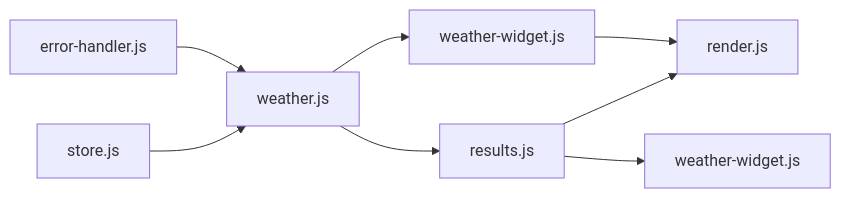
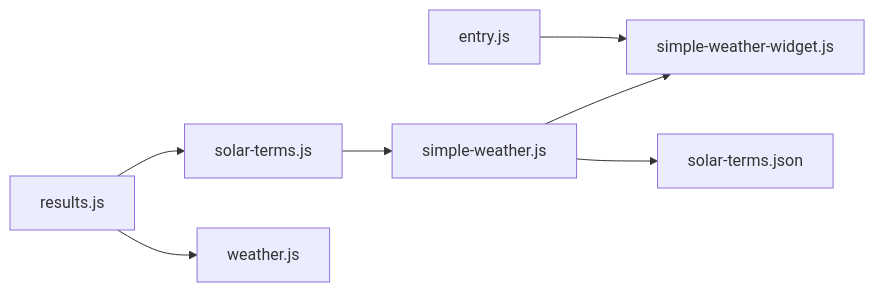
Before and after one commit to jeankeim/wuxing-fashion: the fifth of 5 diagrams in .qoder/repowiki/zh/content/服务层设计/天气服务模块.md, drawn with Mermaid. The commit also changed other lines of this file and 27 other files, not shown here.

````diff
--- a/.qoder/repowiki/zh/content/服务层设计/天气服务模块.md
+++ b/.qoder/repowiki/zh/content/服务层设计/天气服务模块.md
@@ -330,10 +305,9 @@
 ```mermaid
 graph LR
-E["error-handler.js"] --> W["weather.js"]
-S["store.js"] --> W
-W --> WW["weather-widget.js"]
-W --> RC["results.js"]
-RC --> WI["weather-widget.js"]
-WW --> R["render.js"]
-RC --> R
+ST["solar-terms.js"] --> SW["simple-weather.js"]
+SW --> SWW["simple-weather-widget.js"]
+SW --> SJS["solar-terms.json"]
+E["entry.js"] --> SWW
+R["results.js"] --> W["weather.js"]
+R --> ST
 ```
````
